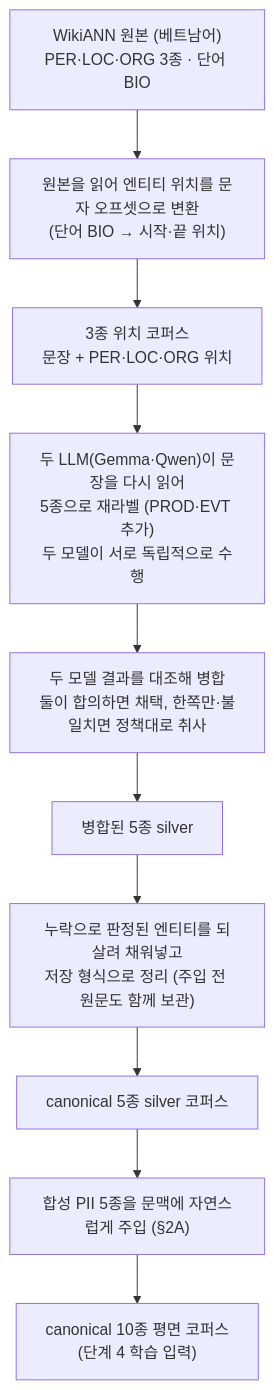
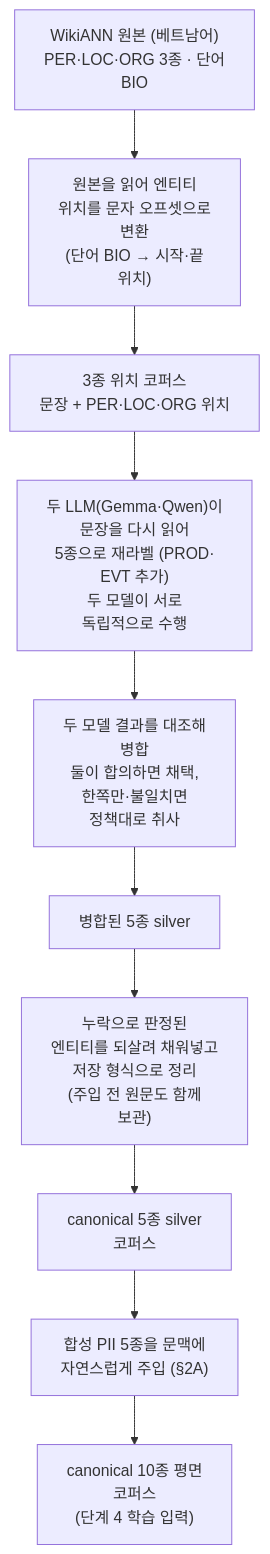
One commit to groovallstar/ner-pipeline-public changed the second of 2 diagrams in docs/manual/pipeline/2-augmentation.md. Above: the diagram before and after it, drawn with Mermaid. The commit also changed 7 other files, not shown here.

First line of the commit message:
docs: mermaid CJK 세로 잘림 해소 — 긴 라벨 줄바꿈

````diff
--- a/docs/manual/pipeline/2-augmentation.md
+++ b/docs/manual/pipeline/2-augmentation.md
@@ -145,13 +145,13 @@
 ```mermaid
 flowchart TD
-    HF["WikiANN 원본 (베트남어)<br/>PER·LOC·ORG 3종 · 단어 BIO"]
-    HF --> LOAD["원본을 읽어 엔티티 위치를 문자 오프셋으로 변환<br/>(단어 BIO → 시작·끝 위치)"]
+    HF["WikiANN 원본 (베트남어)<br/>PER·LOC·ORG 3종 · 단어<br/>BIO"]
+    HF --> LOAD["원본을 읽어 엔티티<br/>위치를 문자 오프셋으로<br/>변환<br/>(단어 BIO → 시작·끝<br/>위치)"]
     LOAD --> G3["3종 위치 코퍼스<br/>문장 + PER·LOC·ORG 위치"]
-    G3 --> REL["두 LLM(Gemma·Qwen)이 문장을 다시 읽어<br/>5종으로 재라벨 (PROD·EVT 추가)<br/>두 모델이 서로 독립적으로 수행"]
-    REL --> MERGE["두 모델 결과를 대조해 병합<br/>둘이 합의하면 채택, 한쪽만·불일치면 정책대로 취사"]
+    G3 --> REL["두 LLM(Gemma·Qwen)이<br/>문장을 다시 읽어<br/>5종으로 재라벨 (PROD·<br/>EVT 추가)<br/>두 모델이 서로<br/>독립적으로 수행"]
+    REL --> MERGE["두 모델 결과를 대조해<br/>병합<br/>둘이 합의하면 채택,<br/>한쪽만·불일치면<br/>정책대로 취사"]
     MERGE --> M5["병합된 5종 silver"]
-    M5 --> GAP["누락으로 판정된 엔티티를 되살려 채워넣고<br/>저장 형식으로 정리 (주입 전 원문도 함께 보관)"]
-    GAP --> C5["canonical 5종 silver 코퍼스"]
-    C5 --> PII["합성 PII 5종을 문맥에 자연스럽게 주입 (§2A)"]
-    PII --> C10["canonical 10종 평면 코퍼스<br/>(단계 4 학습 입력)"]
+    M5 --> GAP["누락으로 판정된<br/>엔티티를 되살려 채워넣고<br/>저장 형식으로 정리<br/>(주입 전 원문도 함께<br/>보관)"]
+    GAP --> C5["canonical 5종 silver<br/>코퍼스"]
+    C5 --> PII["합성 PII 5종을 문맥에<br/>자연스럽게 주입 (§2A)"]
+    PII --> C10["canonical 10종 평면<br/>코퍼스<br/>(단계 4 학습 입력)"]
 ```
````
